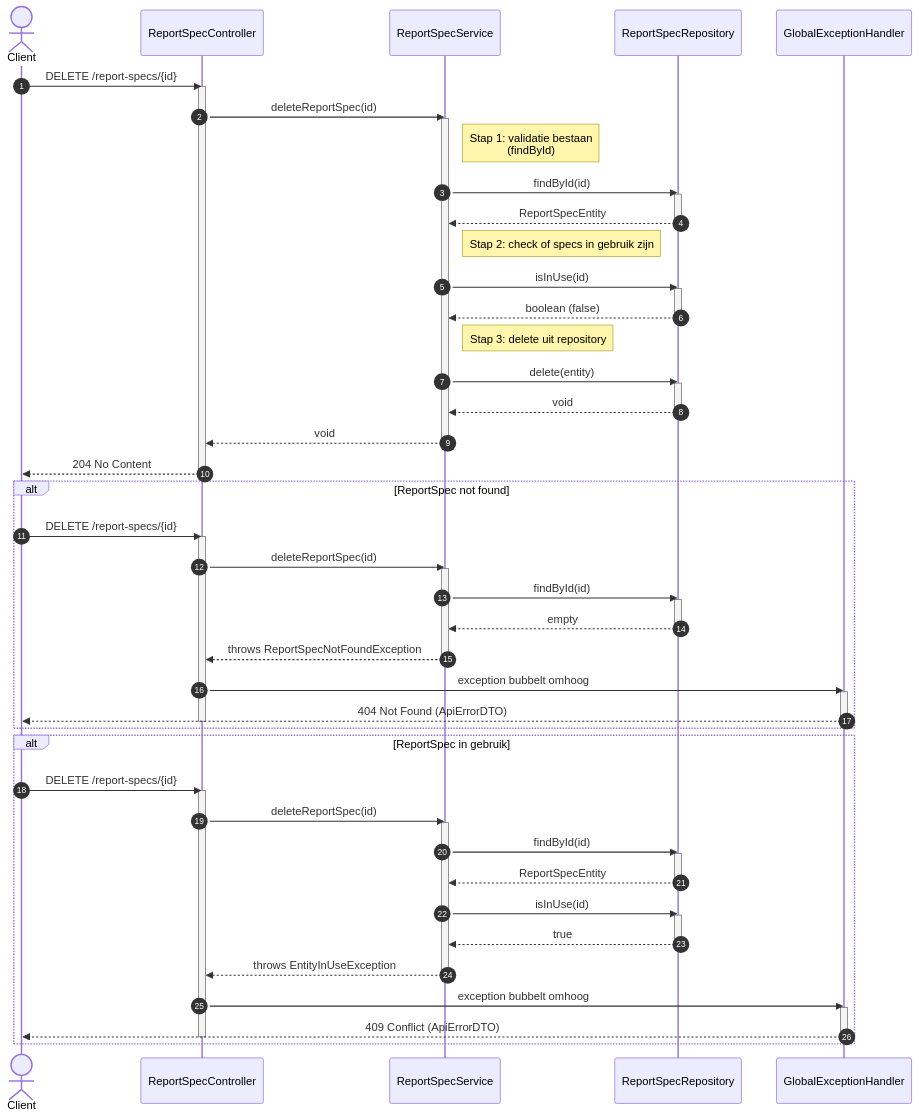
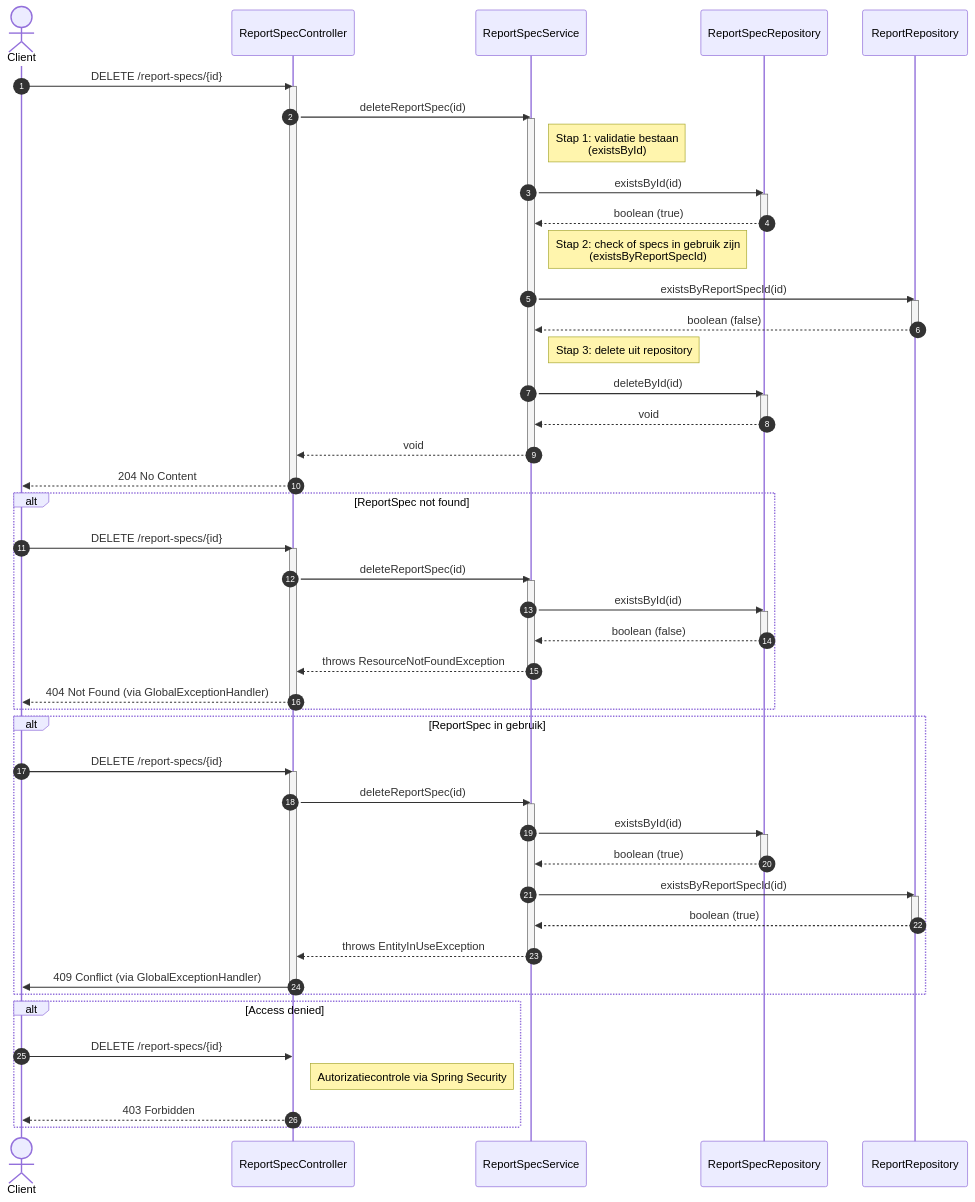
One commit to Th3Bl0ndG0d/WBJE_Backend changed the third of 3 diagrams in README.MD. Above: the diagram before and after it, drawn with Mermaid. The commit also changed other lines of this file and 6 other files, not shown here.

````diff
--- a/README.MD
+++ b/README.MD
@@ -312,7 +283,7 @@
     participant ReportSpecController
     participant ReportSpecService
     participant ReportSpecRepository
-    participant GlobalExceptionHandler
+    participant ReportRepository
 
 %% =================================================
 %% 1) Happy flow (204)
@@ -322,23 +293,23 @@
     ReportSpecController->>ReportSpecService: deleteReportSpec(id)
     activate ReportSpecService
 
-    Note right of ReportSpecService: Stap 1: validatie bestaan<br/>(findById)
+    Note right of ReportSpecService: Stap 1: validatie bestaan<br/>(existsById)
 
-    ReportSpecService->>ReportSpecRepository: findById(id)
+    ReportSpecService->>ReportSpecRepository: existsById(id)
     activate ReportSpecRepository
-    ReportSpecRepository-->>ReportSpecService: ReportSpecEntity
+    ReportSpecRepository-->>ReportSpecService: boolean (true)
     deactivate ReportSpecRepository
 
-    Note right of ReportSpecService: Stap 2: check of specs in gebruik zijn
+    Note right of ReportSpecService: Stap 2: check of specs in gebruik zijn<br/>(existsByReportSpecId)
 
-    ReportSpecService->>ReportSpecRepository: isInUse(id)
-    activate ReportSpecRepository
-    ReportSpecRepository-->>ReportSpecService: boolean (false)
-    deactivate ReportSpecRepository
+    ReportSpecService->>ReportRepository: existsByReportSpecId(id)
+    activate ReportRepository
+    ReportRepository-->>ReportSpecService: boolean (false)
+    deactivate ReportRepository
 
     Note right of ReportSpecService: Stap 3: delete uit repository
 
-    ReportSpecService->>ReportSpecRepository: delete(entity)
+    ReportSpecService->>ReportSpecRepository: deleteById(id)
     activate ReportSpecRepository
     ReportSpecRepository-->>ReportSpecService: void
     deactivate ReportSpecRepository
@@ -358,18 +329,15 @@
         ReportSpecController->>ReportSpecService: deleteReportSpec(id)
         activate ReportSpecService
 
-        ReportSpecService->>ReportSpecRepository: findById(id)
+        ReportSpecService->>ReportSpecRepository: existsById(id)
         activate ReportSpecRepository
-        ReportSpecRepository-->>ReportSpecService: empty
+        ReportSpecRepository-->>ReportSpecService: boolean (false)
         deactivate ReportSpecRepository
 
-        ReportSpecService-->>ReportSpecController: throws ReportSpecNotFoundException
+        ReportSpecService-->>ReportSpecController: throws ResourceNotFoundException
         deactivate ReportSpecService
 
-        ReportSpecController->>GlobalExceptionHandler: exception bubbelt omhoog
-        activate GlobalExceptionHandler
-        GlobalExceptionHandler-->>Client: 404 Not Found (ApiErrorDTO)
-        deactivate GlobalExceptionHandler
+        ReportSpecController-->>Client: 404 Not Found (via GlobalExceptionHandler)
         deactivate ReportSpecController
     end
 
@@ -382,25 +350,30 @@
         ReportSpecController->>ReportSpecService: deleteReportSpec(id)
         activate ReportSpecService
 
-        ReportSpecService->>ReportSpecRepository: findById(id)
+        ReportSpecService->>ReportSpecRepository: existsById(id)
         activate ReportSpecRepository
-        ReportSpecRepository-->>ReportSpecService: ReportSpecEntity
+        ReportSpecRepository-->>ReportSpecService: boolean (true)
         deactivate ReportSpecRepository
 
-        ReportSpecService->>ReportSpecRepository: isInUse(id)
-        activate ReportSpecRepository
-        ReportSpecRepository-->>ReportSpecService: true
-        deactivate ReportSpecRepository
+        ReportSpecService->>ReportRepository: existsByReportSpecId(id)
+        activate ReportRepository
+        ReportRepository-->>ReportSpecService: boolean (true)
+        deactivate ReportRepository
 
         ReportSpecService-->>ReportSpecController: throws EntityInUseException
         deactivate ReportSpecService
 
-        ReportSpecController->>GlobalExceptionHandler: exception bubbelt omhoog
-        activate GlobalExceptionHandler
-        GlobalExceptionHandler-->>Client: 409 Conflict (ApiErrorDTO)
-        deactivate GlobalExceptionHandler
+        ReportSpecController->>Client: 409 Conflict (via GlobalExceptionHandler)
         deactivate ReportSpecController
     end
 
+%% =================================================
+%% 4) Alternative flow: Forbidden (403)
+%% =================================================
+    alt Access denied
+        Client->>ReportSpecController: DELETE /report-specs/{id}
+        Note right of ReportSpecController: Autorizatiecontrole via Spring Security
+        ReportSpecController-->>Client: 403 Forbidden
+    end
 
 ```
````
